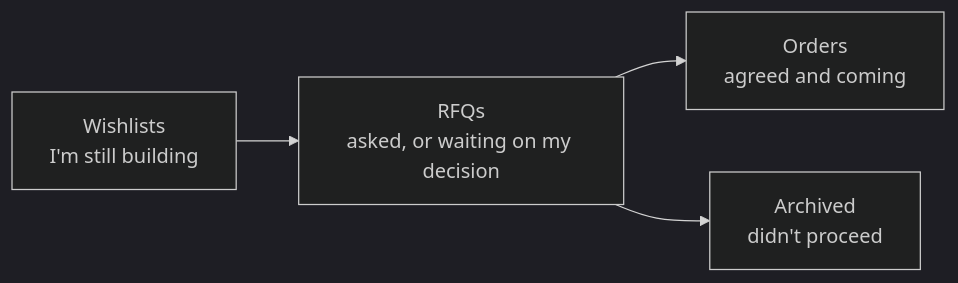
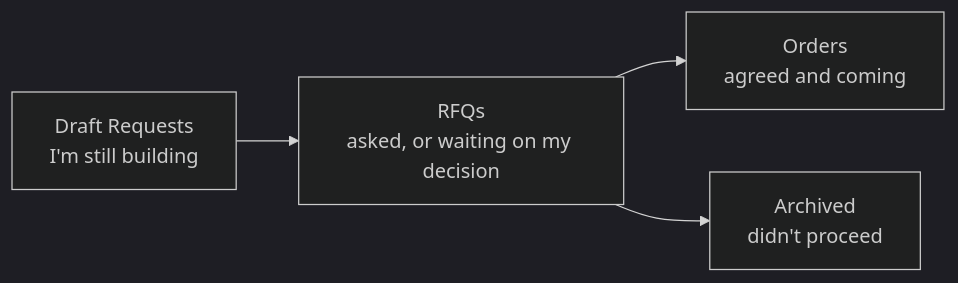
One commit to LaplaceSoftware/lp_projects_docs changed the third of 4 diagrams in docs/b2b_ecommerce_docs/_user_guide/014-The-Order-Lifecycle.md. Above: the diagram before and after it, drawn with Mermaid (dark theme). The commit also changed other lines of this file and 48 other files, not shown here.

````diff
--- a/docs/b2b_ecommerce_docs/_user_guide/014-The-Order-Lifecycle.md
+++ b/docs/b2b_ecommerce_docs/_user_guide/014-The-Order-Lifecycle.md
@@ -166,6 +166,6 @@
 ```mermaid
 flowchart LR
-    W["Wishlists<br/>I'm still building"] --> R["RFQs<br/>asked, or waiting on my decision"]
+    W["Draft Requests<br/>I'm still building"] --> R["RFQs<br/>asked, or waiting on my decision"]
     R --> O["Orders<br/>agreed and coming"]
     R --> A["Archived<br/>didn't proceed"]
 ```
````
